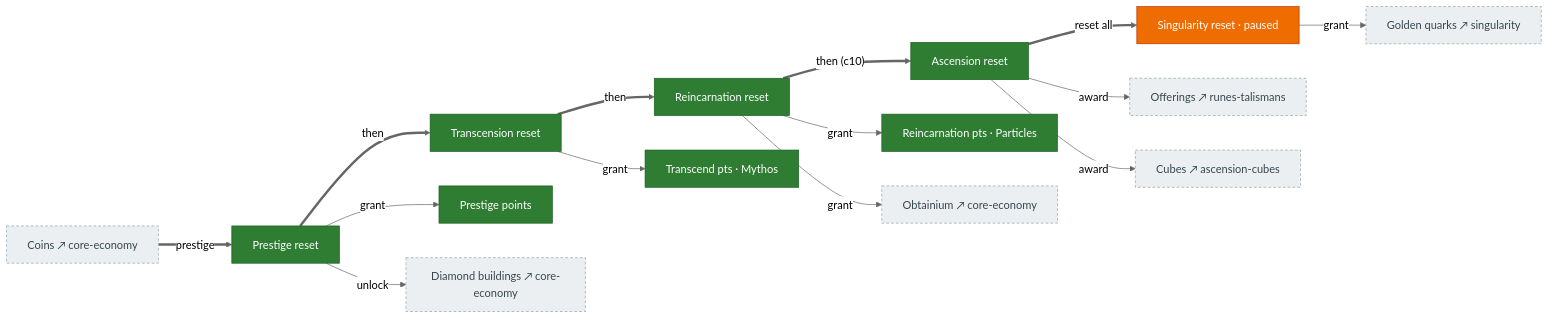
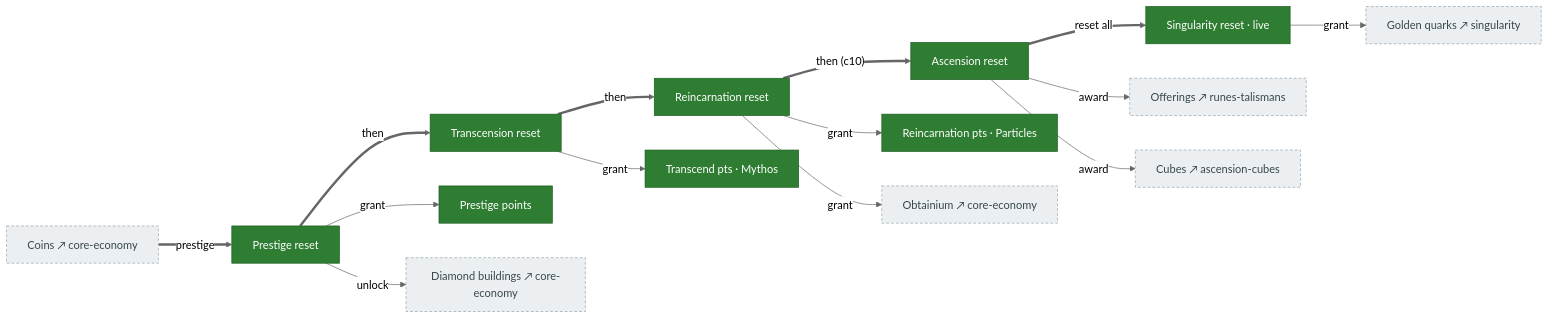
One commit to MaddisonM79/synergism_forkd changed the diagram in docs/systems/reset-cascade.md. Above: the diagram before and after it, drawn with Mermaid (neutral theme). The commit also changed other lines of this file and 4 other files, not shown here.

First line of the commit message:
docs(systems): re-status singularity (live), quark mult, blueberry, unlocks

````diff
--- a/docs/systems/reset-cascade.md
+++ b/docs/systems/reset-cascade.md
@@ -12,37 +12,37 @@
 ```mermaid
 flowchart LR
   classDef ported fill:#2e7d32,color:#fff,stroke:#1b5e20;
   classDef stub fill:#ef6c00,color:#fff,stroke:#bf360c;
   classDef ext fill:#eceff1,color:#37474f,stroke:#90a4ae,stroke-dasharray:4 3;
 
   coins["Coins ↗ core-economy"]:::ext
   prestigeReset["Prestige reset"]:::ported
   transReset["Transcension reset"]:::ported
   reincReset["Reincarnation reset"]:::ported
   ascReset["Ascension reset"]:::ported
-  singReset["Singularity reset · paused"]:::stub
+  singReset["Singularity reset · live"]:::ported
 
   prestigePts["Prestige points"]:::ported
   transPts["Transcend pts · Mythos"]:::ported
   reincPts["Reincarnation pts · Particles"]:::ported
   obtainium["Obtainium ↗ core-economy"]:::ext
   offerings["Offerings ↗ runes-talismans"]:::ext
   diamondBldg["Diamond buildings ↗ core-economy"]:::ext
   cubes["Cubes ↗ ascension-cubes"]:::ext
   goldenQuarks["Golden quarks ↗ singularity"]:::ext
 
   coins ==>|"prestige"| prestigeReset
   prestigeReset ==>|"then"| transReset
   transReset ==>|"then"| reincReset
   reincReset ==>|"then (c10)"| ascReset
   ascReset ==>|"reset all"| singReset
 
   prestigeReset -->|"grant"| prestigePts
   prestigeReset -->|"unlock"| diamondBldg
   transReset -->|"grant"| transPts
   reincReset -->|"grant"| reincPts
   reincReset -->|"grant"| obtainium
   ascReset -->|"award"| cubes
   ascReset -->|"award"| offerings
   singReset -->|"grant"| goldenQuarks
 ```
````
